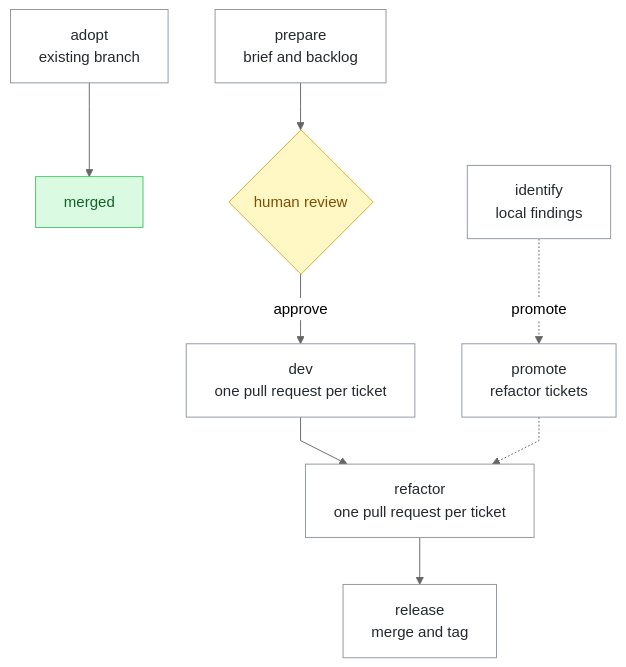
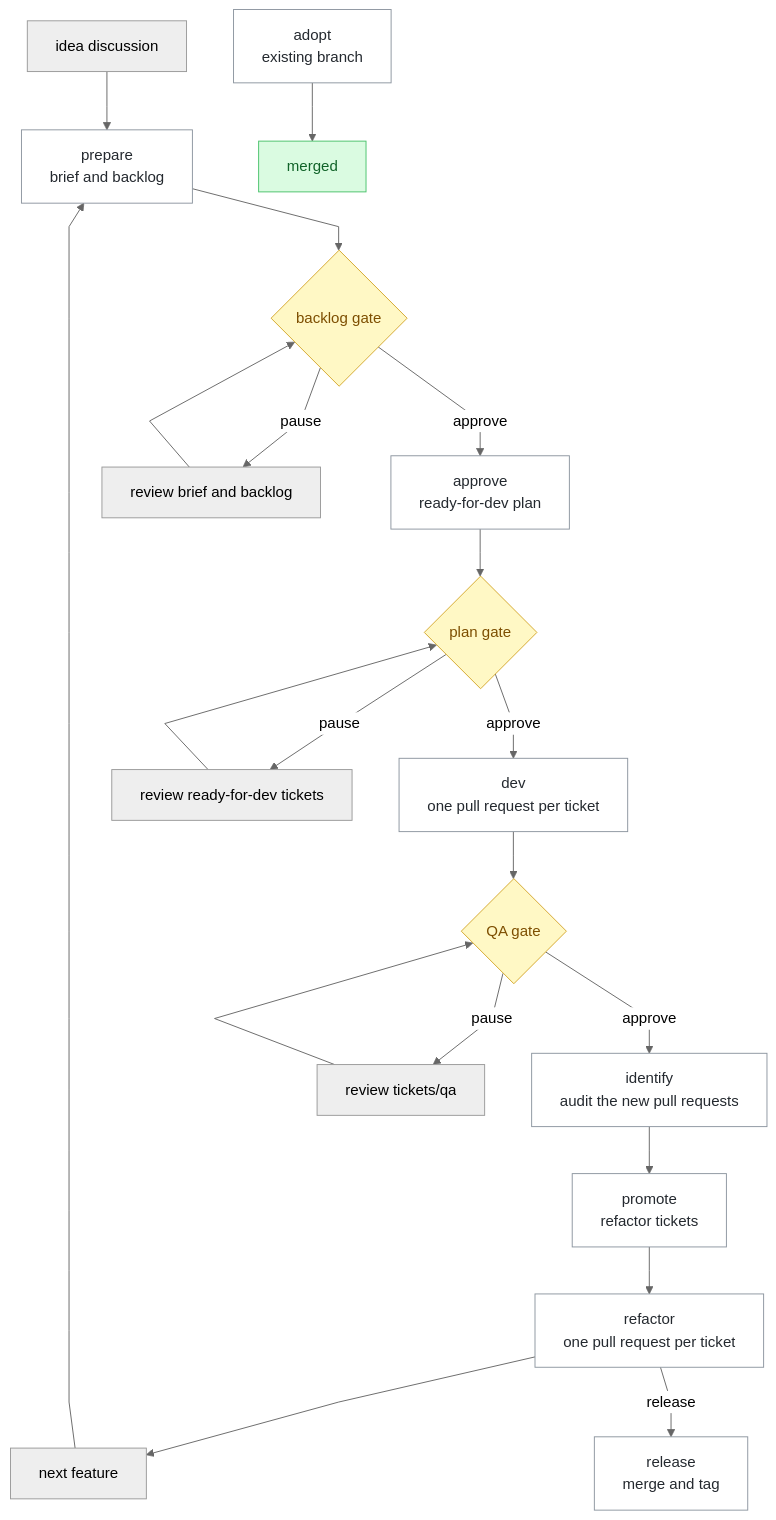
The second of 2 diagrams in docs/MANUAL.md (ZUNNIA/autopai), drawn with Mermaid (neutral theme) before and after one commit. The commit also changed other lines of this file and 21 other files, not shown here.

````diff
--- a/docs/MANUAL.md
+++ b/docs/MANUAL.md
@@ -153,18 +155,30 @@
 ```mermaid
 %%{init: {"flowchart": {"curve": "linear"}}}%%
 flowchart TD
+    Idea["idea discussion"] --> Prepare["prepare<br/>brief and backlog"]
+    Prepare --> Backlog{"backlog gate"}
+    Backlog -->|approve| Approve["approve<br/>ready-for-dev plan"]
+    Backlog -->|pause| ReviewBacklog["review brief and backlog"]
+    ReviewBacklog --> Backlog
+    Approve --> Plan{"plan gate"}
+    Plan -->|approve| Dev["dev<br/>one pull request per ticket"]
+    Plan -->|pause| ReviewPlan["review ready-for-dev tickets"]
+    ReviewPlan --> Plan
+    Dev --> QA{"QA gate"}
+    QA -->|approve| Identify["identify<br/>audit the new pull requests"]
+    QA -->|pause| ReviewQA["review tickets/qa"]
+    ReviewQA --> QA
+    Identify --> Promote["promote<br/>refactor tickets"]
+    Promote --> Refactor["refactor<br/>one pull request per ticket"]
+    Refactor --> Repeat["next feature"]
+    Repeat --> Prepare
+    Refactor -->|release| Release["release<br/>merge and tag"]
     Adopt["adopt<br/>existing branch"] --> Merged["merged"]
-    Prepare["prepare<br/>brief and backlog"] --> Review{"human review"}
-    Review -->|approve| Dev["dev<br/>one pull request per ticket"]
-    Dev --> Refactor["refactor<br/>one pull request per ticket"]
-    Refactor --> Release["release<br/>merge and tag"]
-    Identify["identify<br/>local findings"] -.->|promote| Promote["promote<br/>refactor tickets"]
-    Promote -.-> Refactor
 
     classDef step fill:#ffffff,stroke:#8c959f,color:#24292f
     classDef gate fill:#fff8c5,stroke:#d4a72c,color:#7d4e00
     classDef done fill:#dafbe1,stroke:#4ac26b,color:#116329
-    class Prepare,Dev,Refactor,Release,Identify,Adopt,Promote step
-    class Review gate
+    class Prepare,Approve,Dev,Identify,Promote,Refactor,Release,Adopt step
+    class Backlog,Plan,QA gate
     class Merged done
 ```
````
